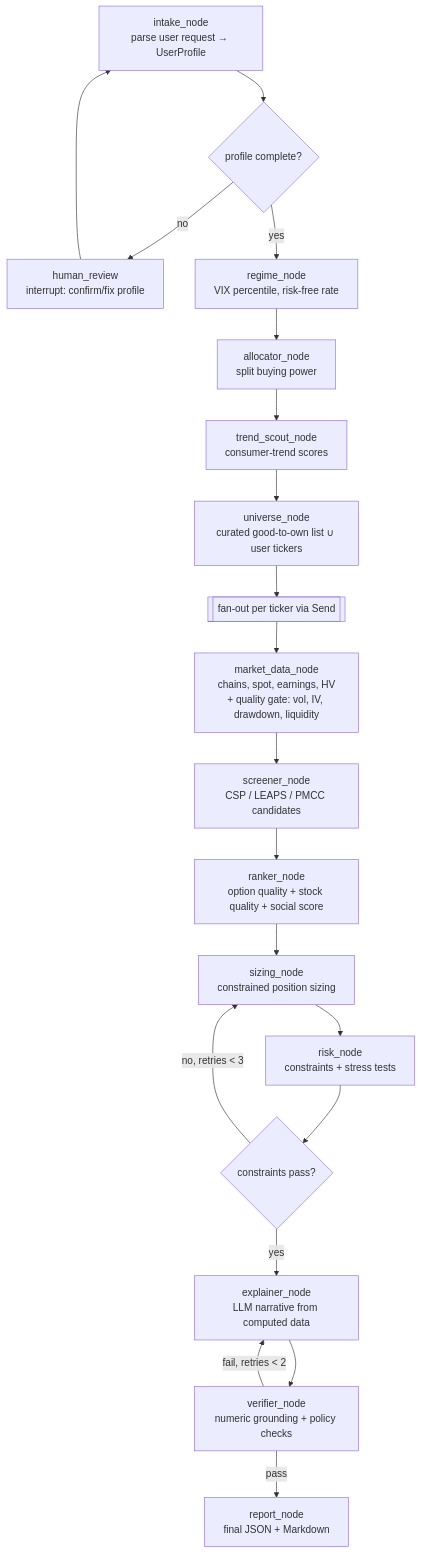
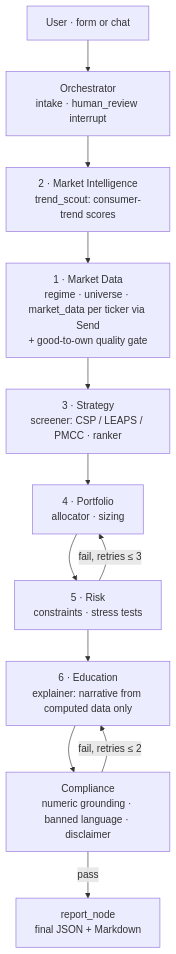
The diagram in README.md (SachiK0thari/options-scout-ai), drawn with Mermaid before and after one commit. The commit also changed other lines of this file and 28 other files, not shown here.

Commit message:
compose the agent graph from eight specialist subgraphs

````diff
--- a/README.md
+++ b/README.md
@@ -48,22 +50,14 @@
 ```mermaid
 flowchart TD
-    A[intake_node<br/>parse user request → UserProfile] --> B{profile complete?}
-    B -- no --> H[human_review<br/>interrupt: confirm/fix profile]
-    H --> A
-    B -- yes --> C[regime_node<br/>VIX percentile, risk-free rate]
-    C --> D[allocator_node<br/>split buying power]
-    D --> E[trend_scout_node<br/>consumer-trend scores]
-    E --> F[universe_node<br/>curated good-to-own list ∪ user tickers]
-    F --> G[[fan-out per ticker via Send]]
-    G --> I[market_data_node<br/>chains, spot, earnings, HV<br/>+ quality gate: vol, IV, drawdown, liquidity]
-    I --> J[screener_node<br/>CSP / LEAPS / PMCC candidates]
-    J --> K[ranker_node<br/>option quality + stock quality + social score]
-    K --> L[sizing_node<br/>constrained position sizing]
-    L --> M[risk_node<br/>constraints + stress tests]
-    M --> N{constraints pass?}
-    N -- no, retries < 3 --> L
-    N -- yes --> O[explainer_node<br/>LLM narrative from computed data]
-    O --> P[verifier_node<br/>numeric grounding + policy checks]
-    P -- fail, retries < 2 --> O
-    P -- pass --> Q[report_node<br/>final JSON + Markdown]
+    U[User · form or chat] --> O[Orchestrator<br/>intake · human_review interrupt]
+    O --> MI[2 · Market Intelligence<br/>trend_scout: consumer-trend scores]
+    MI --> MD[1 · Market Data<br/>regime · universe · market_data per ticker via Send<br/>+ good-to-own quality gate]
+    MD --> ST[3 · Strategy<br/>screener: CSP / LEAPS / PMCC · ranker]
+    ST --> PF[4 · Portfolio<br/>allocator · sizing]
+    PF --> RK[5 · Risk<br/>constraints · stress tests]
+    RK -->|fail, retries ≤ 3| PF
+    RK --> ED[6 · Education<br/>explainer: narrative from computed data only]
+    ED --> CP[Compliance<br/>numeric grounding · banned language · disclaimer]
+    CP -->|fail, retries ≤ 2| ED
+    CP -->|pass| R[report_node<br/>final JSON + Markdown]
 ```
````
